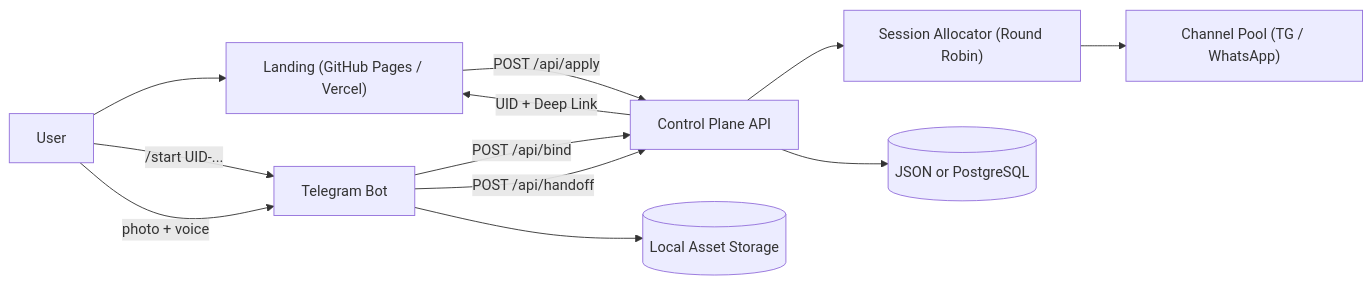
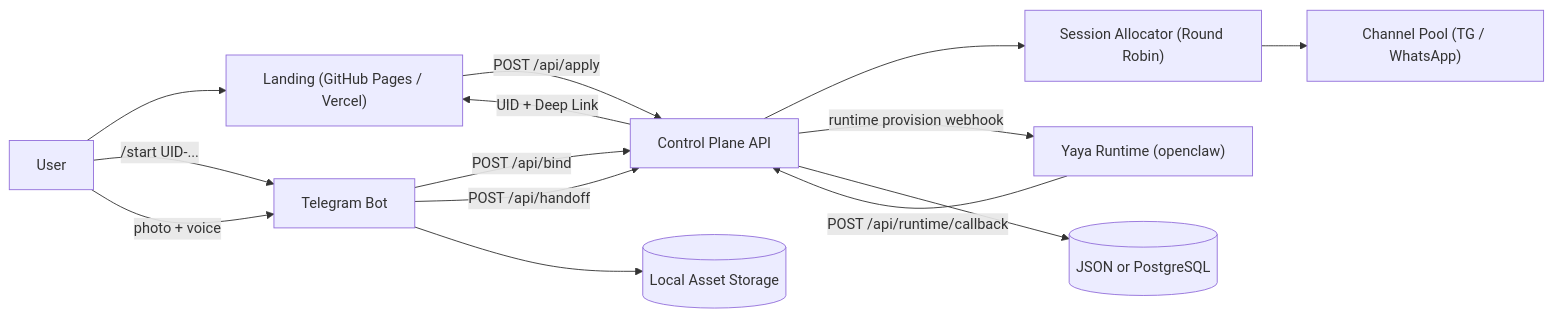
Before and after one commit to Hosuke/digital-life-landing: the diagram in README.md, drawn with Mermaid. The commit also changed other lines of this file and 16 other files, not shown here.

Commit message:
feat(orchestration): add yaya runtime provisioning workflow with callback and bot polling

````diff
--- a/README.md
+++ b/README.md
@@ -6,14 +6,16 @@
 ```mermaid
 flowchart LR
   U["User"] --> W["Landing (GitHub Pages / Vercel)"]
   W -->|"POST /api/apply"| C["Control Plane API"]
   C -->|"UID + Deep Link"| W
   U -->|"/start UID-..."| T["Telegram Bot"]
   T -->|"POST /api/bind"| C
   U -->|"photo + voice"| T
   T -->|"POST /api/handoff"| C
   C --> A["Session Allocator (Round Robin)"]
   A --> CH["Channel Pool (TG / WhatsApp)"]
+  C -->|"runtime provision webhook"| R["Yaya Runtime (openclaw)"]
+  R -->|"POST /api/runtime/callback"| C
   C --> DB[("JSON or PostgreSQL")]
   T --> FS[("Local Asset Storage")]
 ```
````
